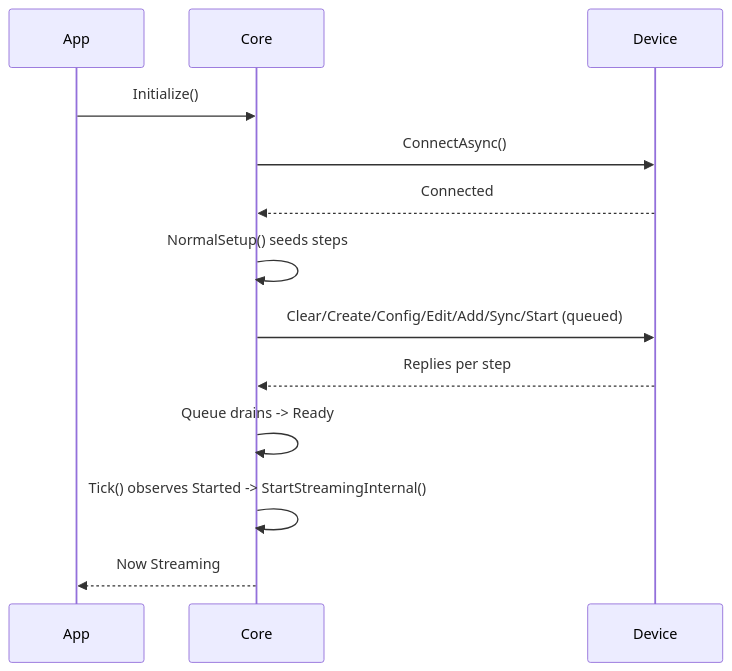
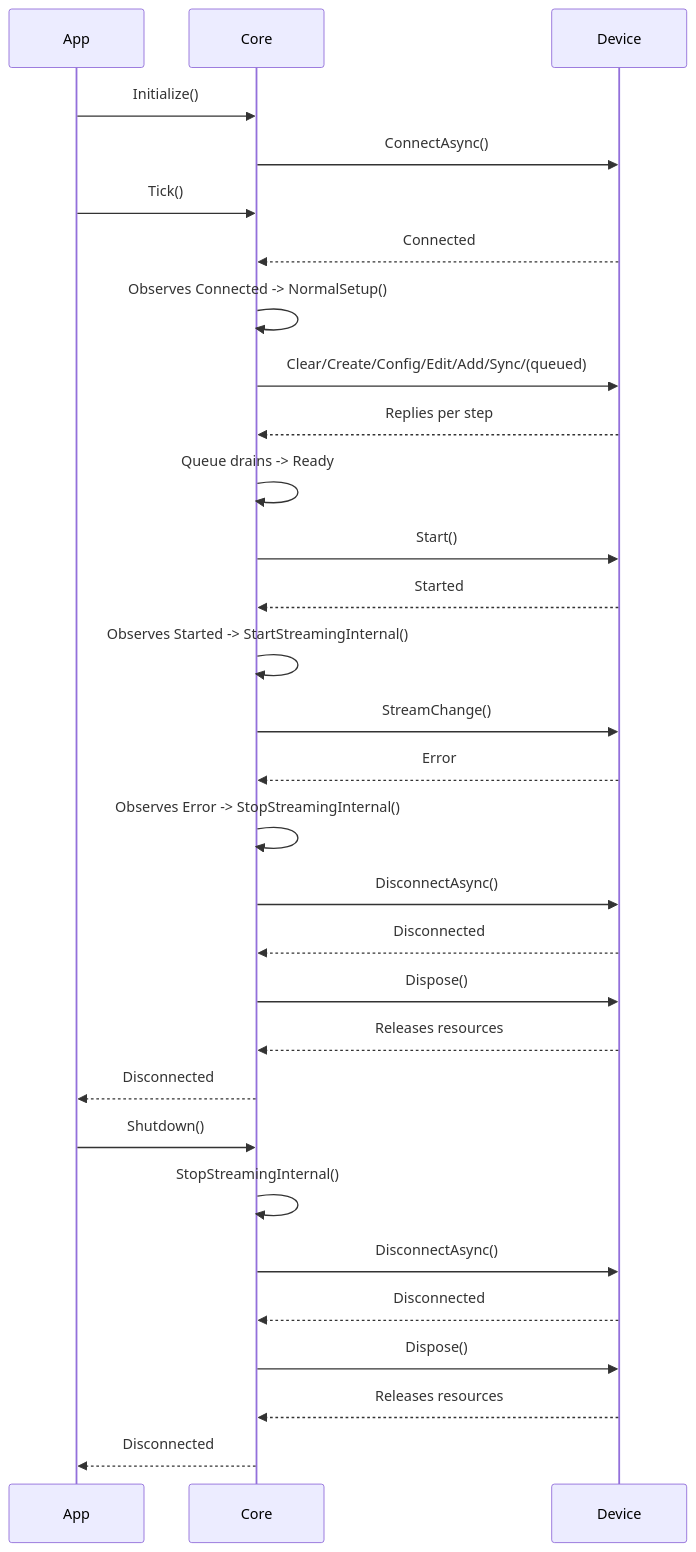
One commit to cwru-non-academic/WSS_Documentation changed the third of 4 diagrams in apiDocs/conceptual/core-architecture.md. Above: the diagram before and after it, drawn with Mermaid. The commit also changed other lines of this file and 10 other files, not shown here.

Commit message:
updated diagrams to avoid syntax error and improve details

````diff
--- a/apiDocs/conceptual/core-architecture.md
+++ b/apiDocs/conceptual/core-architecture.md
@@ -42,15 +41,32 @@
 ```mermaid
 sequenceDiagram
   participant App
   participant Core
   participant Device
   App->>Core: Initialize()
   Core->>Device: ConnectAsync()
+  App->>Core: Tick()
   Device-->>Core: Connected
-  Core->>Core: NormalSetup() seeds steps
-  Core->>Device: Clear/Create/Config/Edit/Add/Sync/Start (queued)
+  Core->>Core: Observes Connected -> NormalSetup()
+  Core->>Device: Clear/Create/Config/Edit/Add/Sync/(queued)
   Device-->>Core: Replies per step
   Core->>Core: Queue drains -> Ready
-  Core->>Core: Tick() observes Started -> StartStreamingInternal()
-  Core-->>App: Now Streaming
+  Core->>Device: Start()
+  Device-->>Core: Started
+  Core->>Core: Observes Started -> StartStreamingInternal()
+  Core->>Device: StreamChange()
+  Device-->>Core: Error
+  Core->>Core: Observes Error -> StopStreamingInternal()
+  Core->>Device: DisconnectAsync()
+   Device-->>Core: Disconnected
+  Core->>Device: Dispose()
+   Device-->>Core: Releases resources
+   Core-->>App: Disconnected
+  App->>Core: Shutdown()
+  Core->>Core: StopStreamingInternal()
+  Core->>Device: DisconnectAsync()
+   Device-->>Core: Disconnected
+  Core->>Device: Dispose()
+   Device-->>Core: Releases resources
+   Core-->>App: Disconnected
 ```
````
